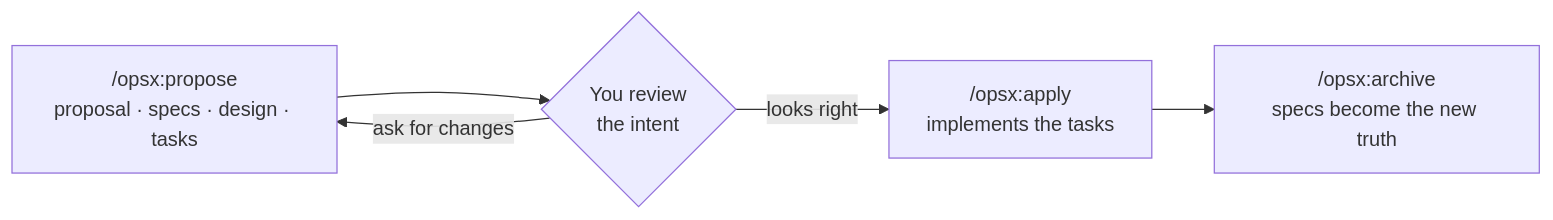
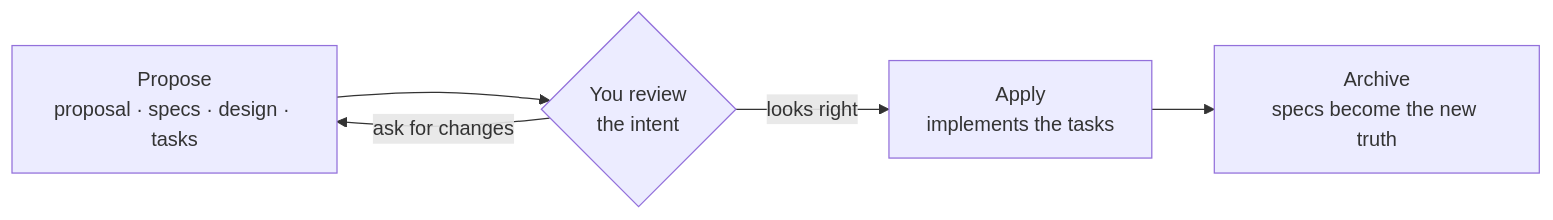
The third of 4 diagrams in README.md (piotromashov/agentic-template), drawn with Mermaid before and after one commit. The commit also changed other lines of this file and 1 other file, not shown here.

````diff
--- a/README.md
+++ b/README.md
@@ -44,7 +130,7 @@
 ```mermaid
 flowchart LR
-  P["/opsx:propose<br/>proposal · specs · design · tasks"] --> R{"You review<br/>the intent"}
+  P["Propose<br/>proposal · specs · design · tasks"] --> R{"You review<br/>the intent"}
   R -- "ask for changes" --> P
-  R -- "looks right" --> A["/opsx:apply<br/>implements the tasks"]
-  A --> AR["/opsx:archive<br/>specs become the new truth"]
+  R -- "looks right" --> A["Apply<br/>implements the tasks"]
+  A --> AR["Archive<br/>specs become the new truth"]
 ```
````
